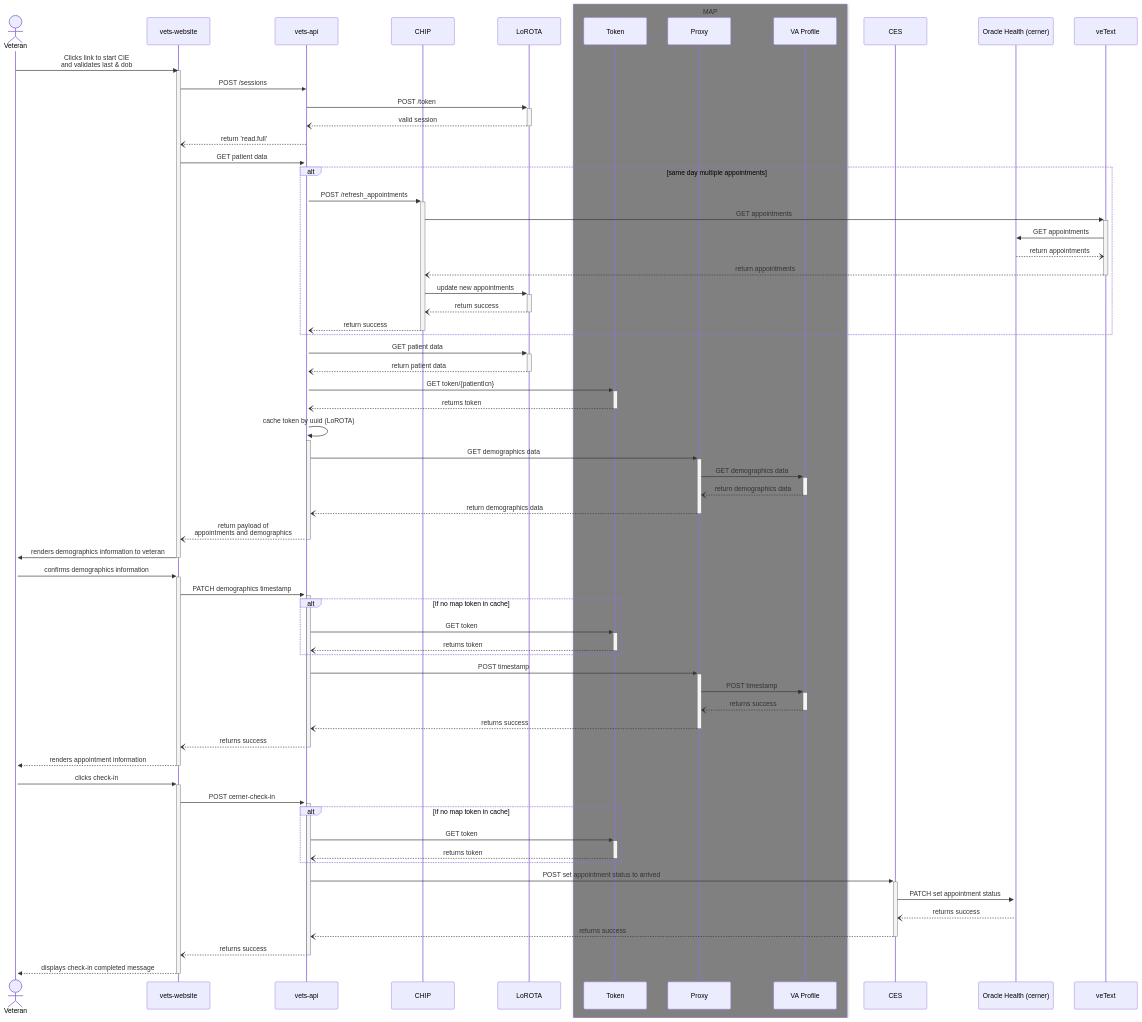
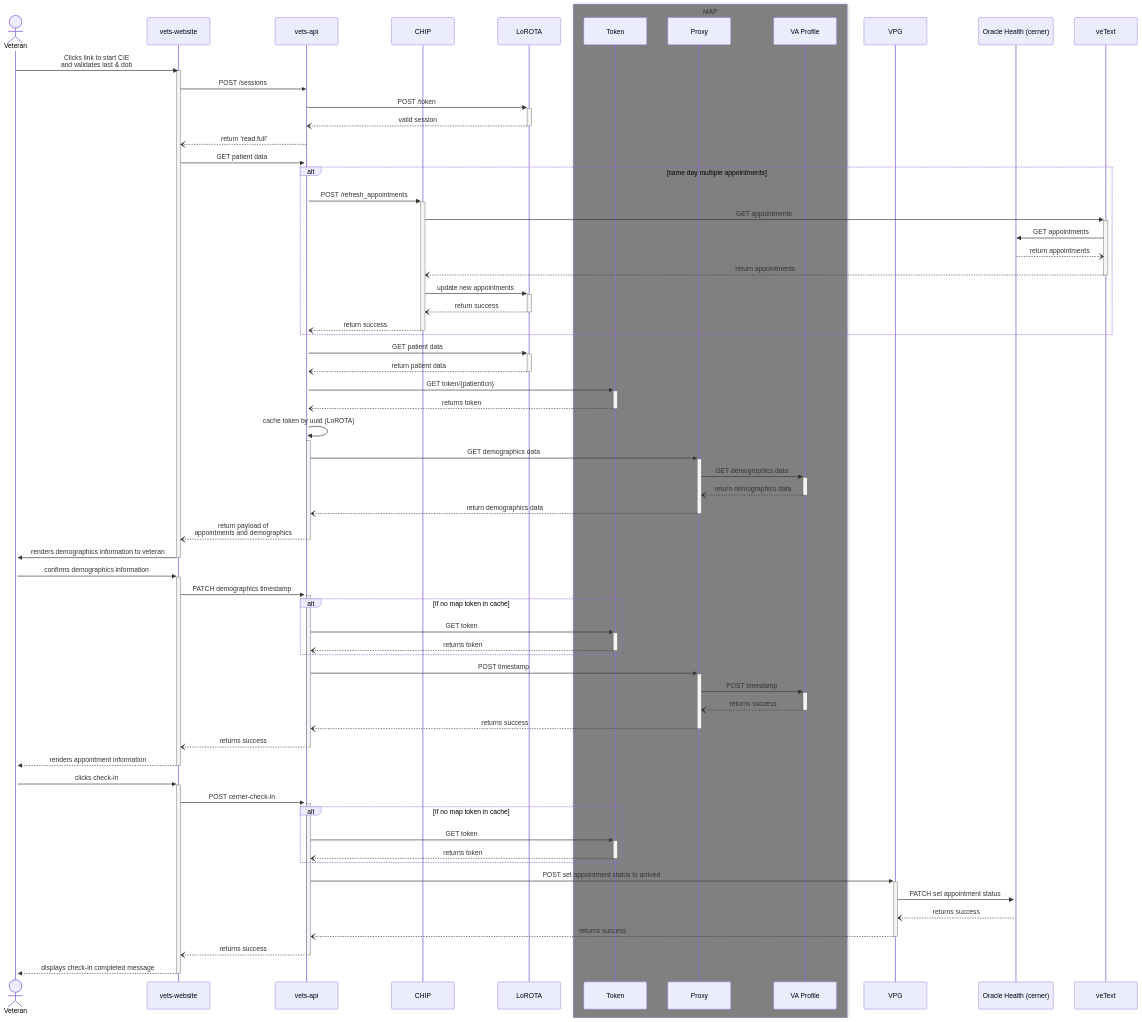
Before and after one commit to department-of-veterans-affairs/va.gov-team: the second of 3 diagrams in products/health-care/checkin/engineering/oracle-health-cerner-integration.md, drawn with Mermaid. The commit also changed other lines of this file, not shown here.

````diff
--- a/products/health-care/checkin/engineering/oracle-health-cerner-integration.md
+++ b/products/health-care/checkin/engineering/oracle-health-cerner-integration.md
@@ -52,68 +52,68 @@
 ```mermaid
 sequenceDiagram
     actor vet as Veteran
     participant web as vets-website
     participant api as vets-api
     participant ch as CHIP
     participant l as LoROTA
     box grey MAP
         participant token as Token
         participant proxy as Proxy
         participant pro as VA Profile
     end
-    participant ces as CES
+    participant ces as VPG
     participant oh as Oracle Health (cerner)
         vet->>web: Clicks link to start CIE <br> and validates last & dob
         activate web
         web->>api: POST /sessions
         api->>+l: POST /token
         l--)-api: valid session
         api--)web: return 'read.full'
         web->>+api: GET patient data
         alt same day multiple appointments
             api->>+ch: POST /refresh_appointments
             ch->>+veText: GET appointments
             veText->>oh: GET appointments
             oh--)veText: return appointments
             veText--)-ch: return appointments
             ch->>+l: update new appointments
             l--)-ch: return success
             ch--)-api: return success
         end
         api->>+l: GET patient data
         l--)-api: return patient data
         api->>+token: GET token/{patientIcn}
         token--)-api: returns token
         api->>+api: cache token by uuid (LoROTA)
         api->>+proxy: GET demographics data
         proxy->>+pro: GET demographics data
         pro--)-proxy: return demographics data
         proxy--)-api: return demographics data
         api--)-web: return payload of <br> appointments and demographics
         web->>+vet: renders demographics information to veteran
         deactivate web
         vet->>+web: confirms demographics information
         web->>+api: PATCH demographics timestamp
         alt if no map token in cache
             api->>+token: GET token
             token--)-api: returns token
         end
         api->>+proxy: POST timestamp
         proxy->>+pro: POST timestamp
         pro--)-proxy: returns success
         proxy--)-api: returns success
         api--)-web: returns success
         web-->>-vet: renders appointment information
         vet->>+web: clicks check-in
         web->>+api: POST cerner-check-in
         alt if no map token in cache
             api->>+token: GET token
             token--)-api: returns token
         end
         api->>+ces: POST set appointment status to arrived
         ces->>+oh: PATCH set appointment status
         oh--)ces: returns success
         ces--)-api: returns success
         api--)-web: returns success
         web-->>-vet: displays check-in completed message
 ```
````
